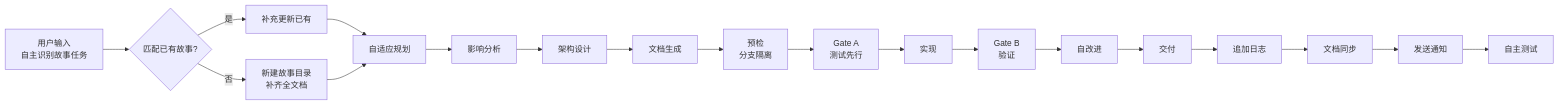
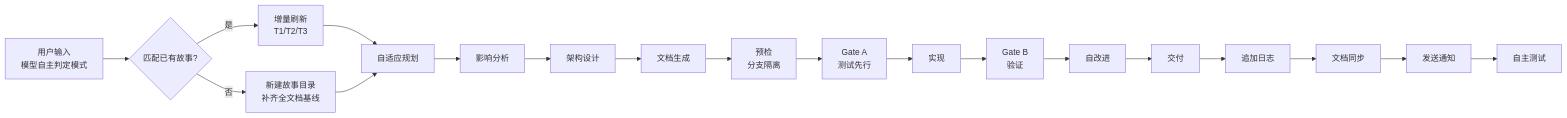
The second of 14 diagrams in skills/rui/SKILL.md (effiy/YrY), drawn with Mermaid before and after one commit. The commit also changed other lines of this file and 24 other files, not shown here.

````diff
--- a/skills/rui/SKILL.md
+++ b/skills/rui/SKILL.md
@@ -72,10 +51,10 @@
 ```mermaid
 flowchart LR
-    A[用户输入<br/>自主识别故事任务] --> A1{匹配已有故事?}
-    A1 -->|"是"| A2[补充更新已有]
-    A1 -->|"否"| A3[新建故事目录<br/>补齐全文档]
+    A[用户输入<br/>模型自主判定模式] --> A1{匹配已有故事?}
+    A1 -->|"是"| A2[增量刷新<br/>T1/T2/T3]
+    A1 -->|"否"| A3[新建故事目录<br/>补齐全文档基线]
     A2 --> B[自适应规划] --> C[影响分析] --> D[架构设计] --> E[文档生成]
     A3 --> B
     E --> F[预检<br/>分支隔离] --> G[Gate A<br/>测试先行] --> H[实现] --> I[Gate B<br/>验证] --> J[自改进] --> K[交付]
     K --> K1[追加日志] --> K2[文档同步] --> K3[发送通知] --> K4[自主测试]
 ```
````
